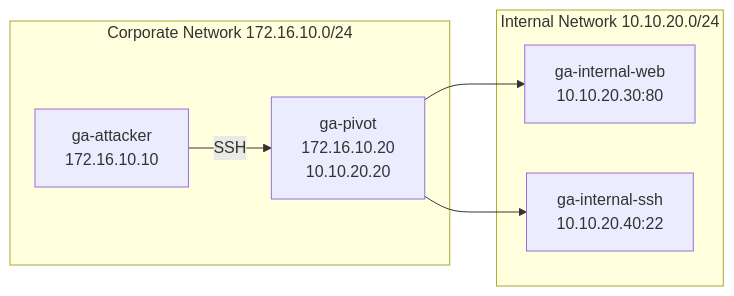
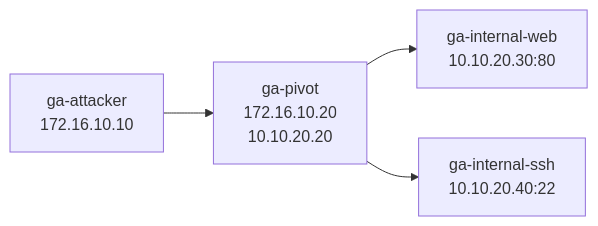
Before and after one commit to JehadGhaben/green-armor-cyber-range: the diagram in README.md, drawn with Mermaid. The commit also changed other lines of this file, not shown here.

````diff
--- a/README.md
+++ b/README.md
@@ -32,16 +35,11 @@
 ```mermaid
 flowchart LR
-    A[ga-attacker\n172.16.10.10] -->|SSH| P[ga-pivot\n172.16.10.20\n10.10.20.20]
-    P --> W[ga-internal-web\n10.10.20.30:80]
-    P --> S[ga-internal-ssh\n10.10.20.40:22]
+    A["ga-attacker<br>172.16.10.10"]
+    P["ga-pivot<br>172.16.10.20<br>10.10.20.20"]
+    W["ga-internal-web<br>10.10.20.30:80"]
+    S["ga-internal-ssh<br>10.10.20.40:22"]
 
-    subgraph CORP[Corporate Network 172.16.10.0/24]
-        A
-        P
-    end
-
-    subgraph INTERNAL[Internal Network 10.10.20.0/24]
-        W
-        S
-    end
+    A --> P
+    P --> W
+    P --> S
 ```
````
